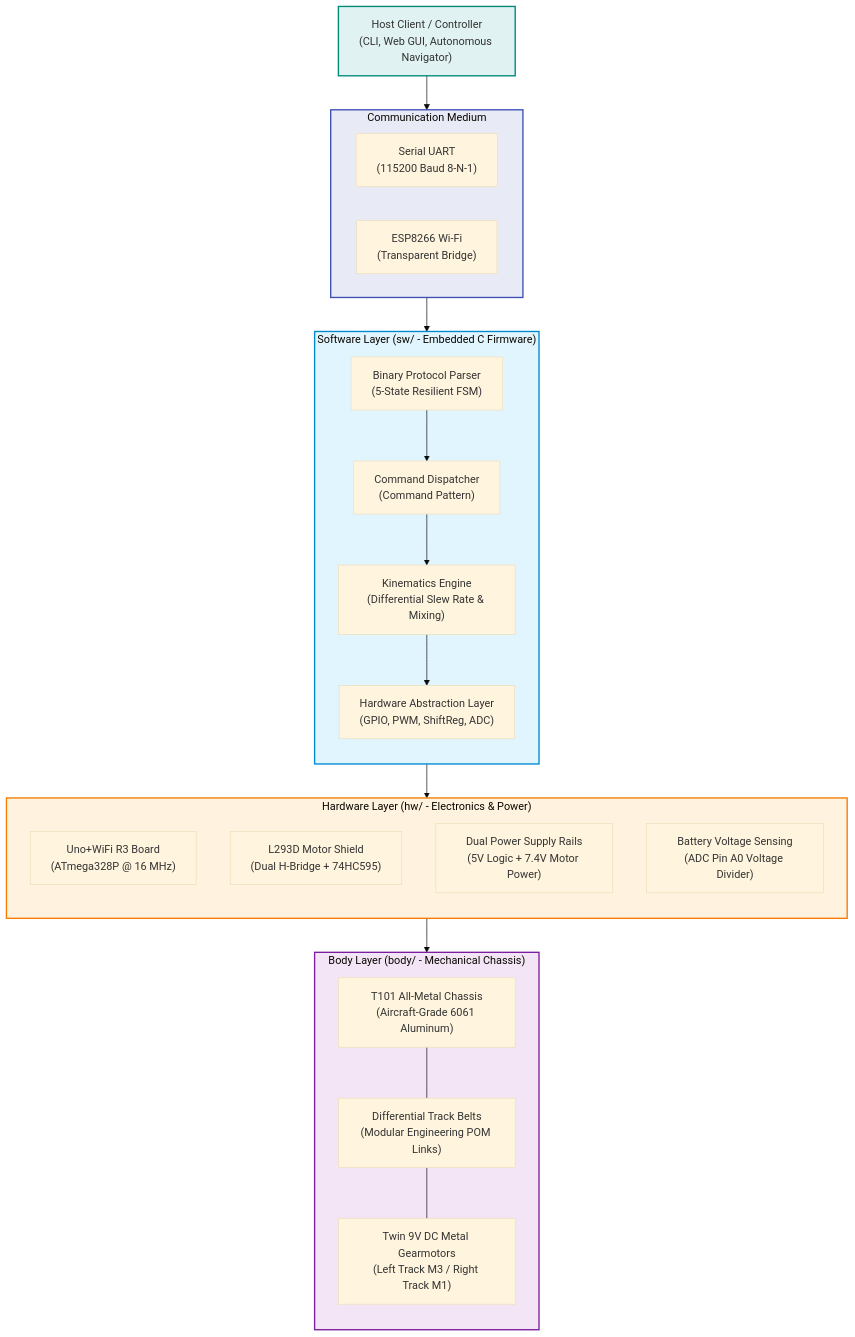
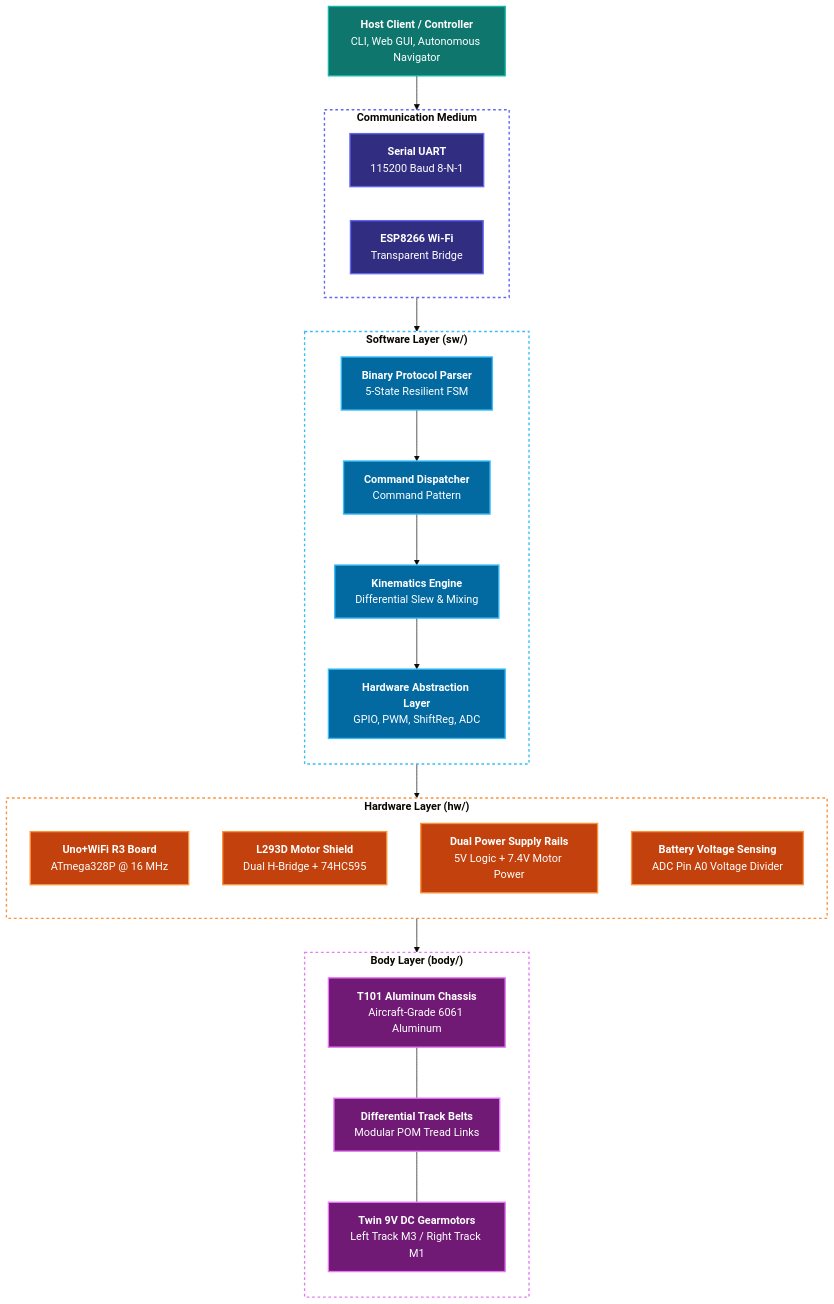
One commit to dof2bot/trackedbot changed the diagram in README.md. Above: the diagram before and after it, drawn with Mermaid (base theme). The commit also changed 8 other files, not shown here.

````diff
--- a/README.md
+++ b/README.md
@@ -24,46 +24,57 @@
 ```mermaid
 flowchart TD
-    CLIENT["Host Client / Controller<br/>(CLI, Web GUI, Autonomous Navigator)"]
+    CLIENT["<b>Host Client / Controller</b><br/>CLI, Web GUI, Autonomous Navigator"]
 
-    subgraph COMM ["Communication Medium"]
+    subgraph COMM ["<b>Communication Medium</b>"]
         direction LR
-        UART["Serial UART<br/>(115200 Baud 8-N-1)"]
-        WIFI["ESP8266 Wi-Fi<br/>(Transparent Bridge)"]
+        UART["<b>Serial UART</b><br/>115200 Baud 8-N-1"]
+        WIFI["<b>ESP8266 Wi-Fi</b><br/>Transparent Bridge"]
     end
 
-    subgraph SW ["Software Layer (sw/ - Embedded C Firmware)"]
+    subgraph SW ["<b>Software Layer (sw/)</b>"]
         direction TB
-        PARSER["Binary Protocol Parser<br/>(5-State Resilient FSM)"]
-        CMD_DISPATCH["Command Dispatcher<br/>(Command Pattern)"]
-        KINEMATICS["Kinematics Engine<br/>(Differential Slew Rate & Mixing)"]
-        HAL["Hardware Abstraction Layer<br/>(GPIO, PWM, ShiftReg, ADC)"]
+        PARSER["<b>Binary Protocol Parser</b><br/>5-State Resilient FSM"]
+        CMD_DISPATCH["<b>Command Dispatcher</b><br/>Command Pattern"]
+        KINEMATICS["<b>Kinematics Engine</b><br/>Differential Slew & Mixing"]
+        HAL["<b>Hardware Abstraction Layer</b><br/>GPIO, PWM, ShiftReg, ADC"]
         PARSER --> CMD_DISPATCH --> KINEMATICS --> HAL
     end
 
-    subgraph HW ["Hardware Layer (hw/ - Electronics & Power)"]
+    subgraph HW ["<b>Hardware Layer (hw/)</b>"]
         direction TB
-        MCU["Uno+WiFi R3 Board<br/>(ATmega328P @ 16 MHz)"]
-        SHIELD["L293D Motor Shield<br/>(Dual H-Bridge + 74HC595)"]
-        POWER["Dual Power Supply Rails<br/>(5V Logic + 7.4V Motor Power)"]
-        SENSE["Battery Voltage Sensing<br/>(ADC Pin A0 Voltage Divider)"]
+        MCU["<b>Uno+WiFi R3 Board</b><br/>ATmega328P @ 16 MHz"]
+        SHIELD["<b>L293D Motor Shield</b><br/>Dual H-Bridge + 74HC595"]
+        POWER["<b>Dual Power Supply Rails</b><br/>5V Logic + 7.4V Motor Power"]
+        SENSE["<b>Battery Voltage Sensing</b><br/>ADC Pin A0 Voltage Divider"]
     end
 
-    subgraph BODY ["Body Layer (body/ - Mechanical Chassis)"]
+    subgraph BODY ["<b>Body Layer (body/)</b>"]
         direction TB
-        CHASSIS["T101 All-Metal Chassis<br/>(Aircraft-Grade 6061 Aluminum)"]
-        TRACKS["Differential Track Belts<br/>(Modular Engineering POM Links)"]
-        MOTORS["Twin 9V DC Metal Gearmotors<br/>(Left Track M3 / Right Track M1)"]
+        CHASSIS["<b>T101 Aluminum Chassis</b><br/>Aircraft-Grade 6061 Aluminum"]
+        TRACKS["<b>Differential Track Belts</b><br/>Modular POM Tread Links"]
+        MOTORS["<b>Twin 9V DC Gearmotors</b><br/>Left Track M3 / Right Track M1"]
         CHASSIS --- TRACKS --- MOTORS
     end
 
     CLIENT --> COMM
     COMM --> SW
     SW --> HW
     HW --> BODY
 
-    style CLIENT fill:#e0f2f1,stroke:#00897b,stroke-width:2px
-    style COMM fill:#e8eaf6,stroke:#3f51b5,stroke-width:2px
-    style SW fill:#e1f5fe,stroke:#0288d1,stroke-width:2px
-    style HW fill:#fff3e0,stroke:#f57c00,stroke-width:2px
-    style BODY fill:#f3e5f5,stroke:#7b1fa2,stroke-width:2px
+    classDef clientStyle fill:#0f766e,stroke:#14b8a6,stroke-width:2px,color:#ffffff;
+    classDef commStyle fill:#312e81,stroke:#6366f1,stroke-width:2px,color:#ffffff;
+    classDef swStyle fill:#0369a1,stroke:#38bdf8,stroke-width:2px,color:#ffffff;
+    classDef hwStyle fill:#c2410c,stroke:#fb923c,stroke-width:2px,color:#ffffff;
+    classDef bodyStyle fill:#701a75,stroke:#e879f9,stroke-width:2px,color:#ffffff;
+
+    class CLIENT clientStyle;
+    class UART,WIFI commStyle;
+    class PARSER,CMD_DISPATCH,KINEMATICS,HAL swStyle;
+    class MCU,SHIELD,POWER,SENSE hwStyle;
+    class CHASSIS,TRACKS,MOTORS bodyStyle;
+
+    style COMM fill:none,stroke:#6366f1,stroke-width:2px,stroke-dasharray: 4 4
+    style SW fill:none,stroke:#38bdf8,stroke-width:2px,stroke-dasharray: 4 4
+    style HW fill:none,stroke:#fb923c,stroke-width:2px,stroke-dasharray: 4 4
+    style BODY fill:none,stroke:#e879f9,stroke-width:2px,stroke-dasharray: 4 4
 ```
````
